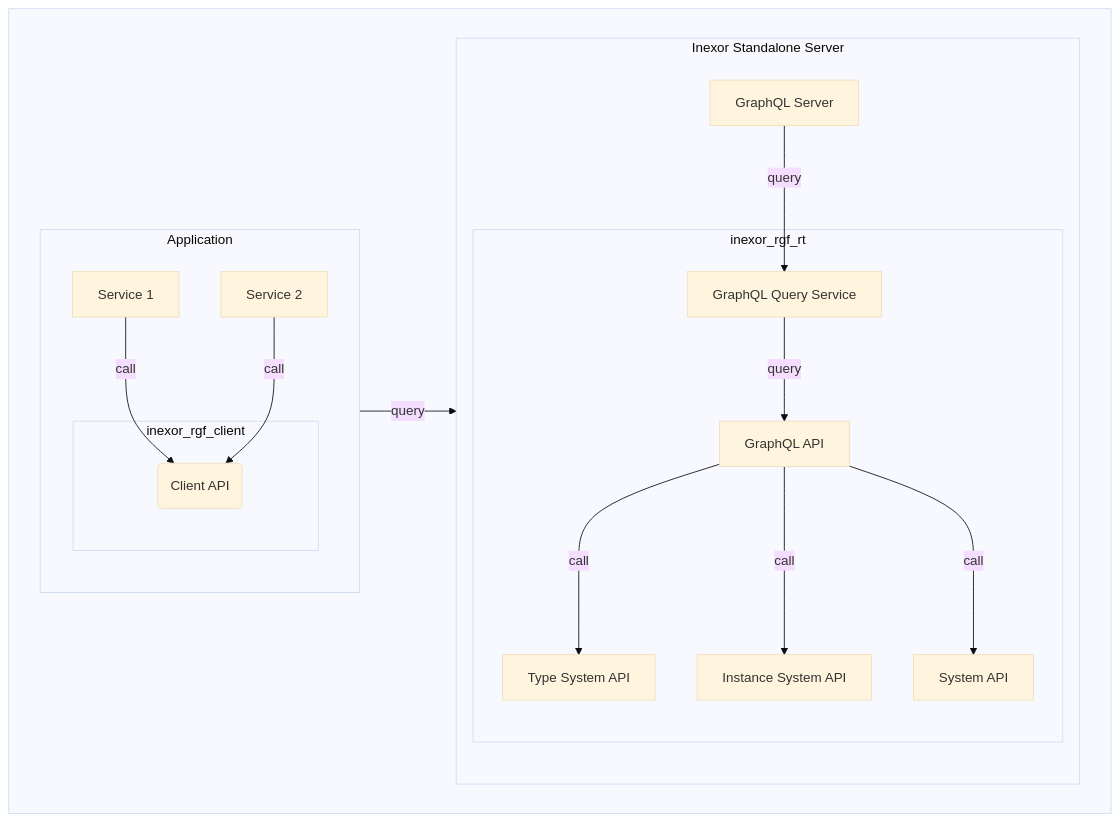
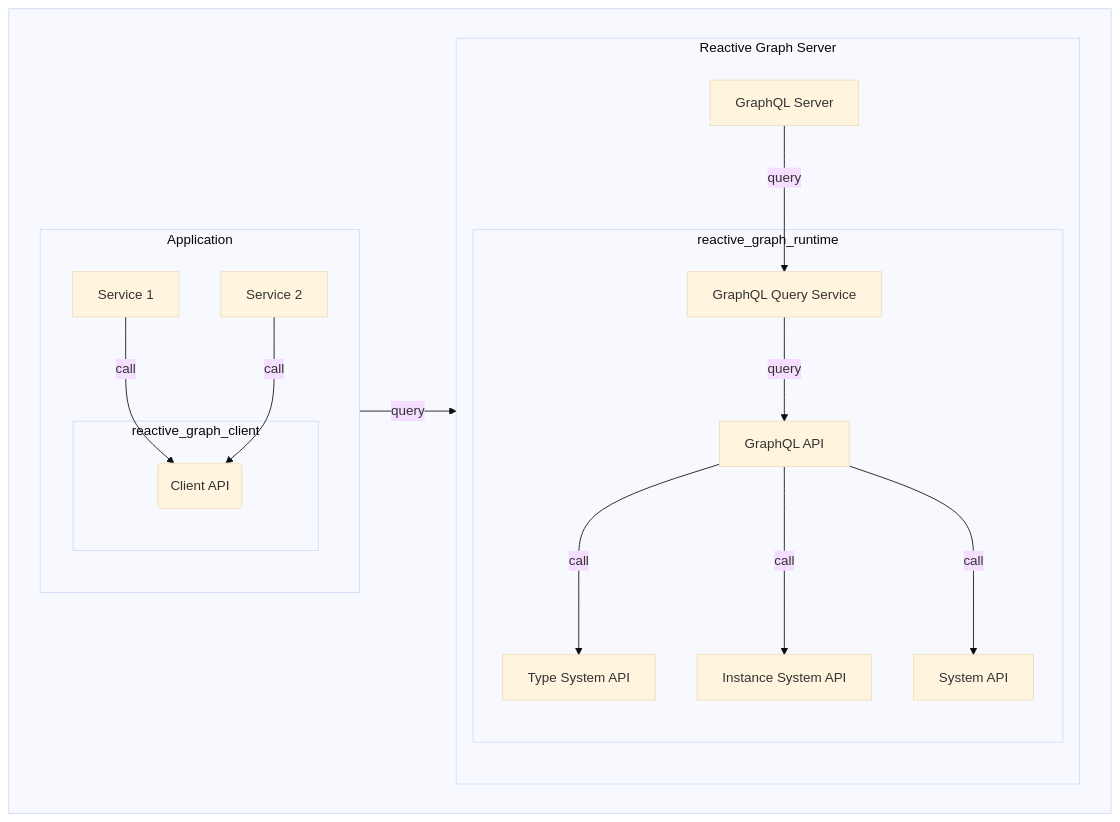
Before and after one commit to reactive-graph/reactive-graph: the fourth of 5 diagrams in book/src/System_Architecture.md, drawn with Mermaid (base theme). The commit also changed other lines of this file, not shown here.

````diff
--- a/book/src/System_Architecture.md
+++ b/book/src/System_Architecture.md
@@ -244,39 +244,39 @@
 ```mermaid
 graph TD
 subgraph ApplicationToRuntime[ ]
   direction LR
 
   subgraph "Application"
     direction TB
   
     SRV1[Service 1]
     SRV2[Service 2]
   
-    subgraph "inexor_rgf_client_1"[inexor_rgf_client]
+    subgraph "reactive_graph_client_1"[reactive_graph_client]
       CA(Client API)
     end
 
   end
 
-  subgraph Inexor Standalone Server
+  subgraph Reactive Graph Server
     direction TB
     GS[GraphQL Server]
-    subgraph inexor_rgf_rt
+    subgraph reactive_graph_runtime
       GQS[GraphQL Query Service]
       GA[GraphQL API]
       TSA[Type System API]
       ISA[Instance System API]
       SYSA[System API]
     end
   end
 
   SRV1 -->|call| CA
   SRV2 -->|call| CA
   CA -->|query| GS
   GS -->|query| GQS
   GQS -->|query| GA
   GA --->|call| TSA
   GA --->|call| ISA
   GA --->|call| SYSA
 end
 ```
````
